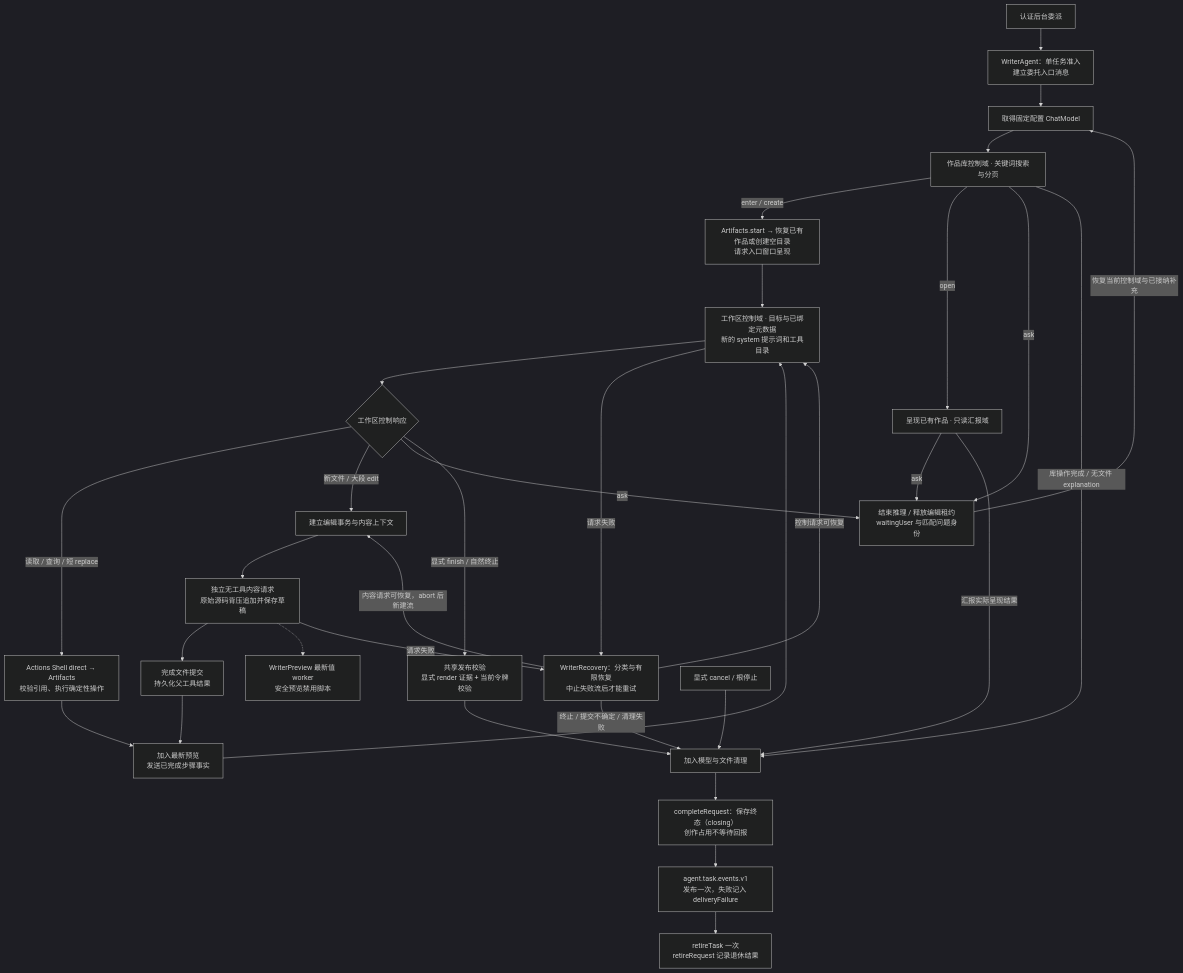
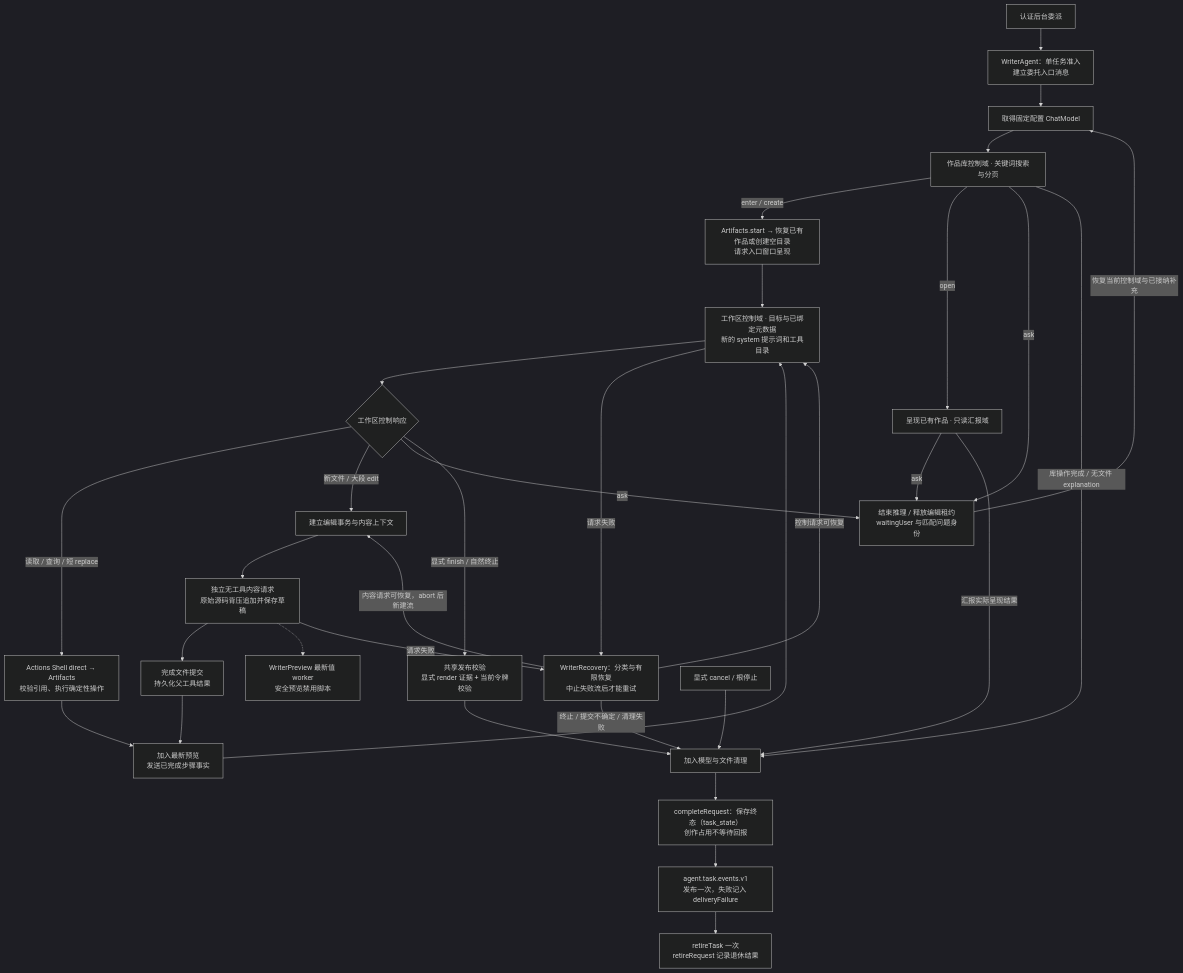
The diagram in MobileHarness/Agents/Writer/README.md (devilyouwei/MobileHarness), drawn with Mermaid (dark theme) before and after one commit. The commit also changed other lines of this file and 69 other files, not shown here.

````diff
--- a/MobileHarness/Agents/Writer/README.md
+++ b/MobileHarness/Agents/Writer/README.md
@@ -38,35 +38,35 @@
 ```mermaid
 flowchart TD
     Request["认证后台委派"] --> Admission["WriterAgent：单任务准入<br/>建立委托入口消息"]
     Admission --> Model["取得固定配置 ChatModel"]
     Model --> Library["作品库控制域 · 关键词搜索与分页"]
     Library -->|"enter / create"| Prepare["Artifacts.start → 恢复已有作品或创建空目录<br/>请求入口窗口呈现"]
     Library -->|"open"| View["呈现已有作品 · 只读汇报域"]
     Prepare --> Control["工作区控制域 · 目标与已绑定元数据<br/>新的 system 提示词和工具目录"]
     Control --> Route{"工作区控制响应"}
     Route -->|"读取 / 查询 / 短 replace"| Tools["Actions Shell direct → Artifacts<br/>校验引用、执行确定性操作"]
     Route -->|"新文件 / 大段 edit"| Begin["建立编辑事务与内容上下文"]
     Begin --> Content["独立无工具内容请求<br/>原始源码背压追加并保存草稿"]
     Content --> Commit["完成文件提交<br/>持久化父工具结果"]
     Content -.-> Preview["WriterPreview 最新值 worker<br/>安全预览禁用脚本"]
     Commit --> Step["加入最新预览<br/>发送已完成步骤事实"]
     Tools --> Step
     Step --> Control
     Library -->|"ask"| Wait
     View -->|"ask"| Wait
     Route -->|"ask"| Wait["结束推理 / 释放编辑租约<br/>waitingUser 与匹配问题身份"]
     Wait -->|"恢复当前控制域与已接纳补充"| Model
     Route -->|"显式 finish / 自然终止"| Publish["共享发布校验<br/>显式 render 证据 + 当前令牌校验"]
     Publish --> Cleanup["加入模型与文件清理"]
     Library -->|"库操作完成 / 无文件 explanation"| Cleanup
     View -->|"汇报实际呈现结果"| Cleanup
     Control -->|"请求失败"| Recovery["WriterRecovery：分类与有限恢复<br/>中止失败流后才能重试"]
     Content -->|"请求失败"| Recovery
     Recovery -->|"控制请求可恢复"| Control
     Recovery -->|"内容请求可恢复，abort 后新建流"| Begin
     Recovery -->|"终止 / 提交不确定 / 清理失败"| Cleanup
     Cancel["显式 cancel / 根停止"] --> Cleanup
-    Cleanup --> Terminal["completeRequest：保存终态（closing）<br/>创作占用不等待回报"]
+    Cleanup --> Terminal["completeRequest：保存终态（task_state）<br/>创作占用不等待回报"]
     Terminal --> Notification["agent.task.events.v1<br/>发布一次，失败记入 deliveryFailure"]
     Notification --> Retirement["retireTask 一次<br/>retireRequest 记录退休结果"]
 ```
````
